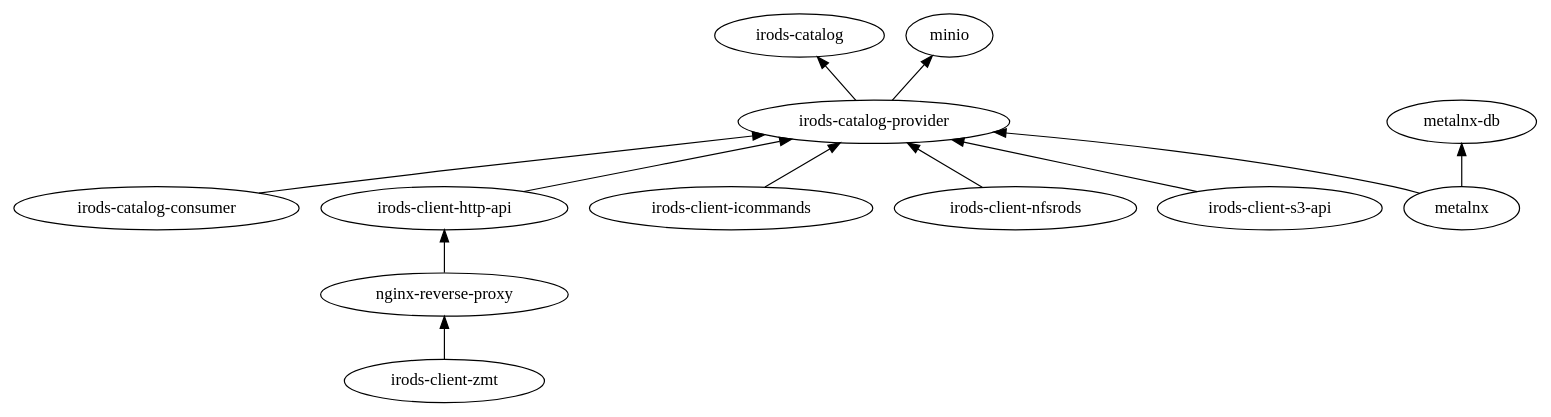
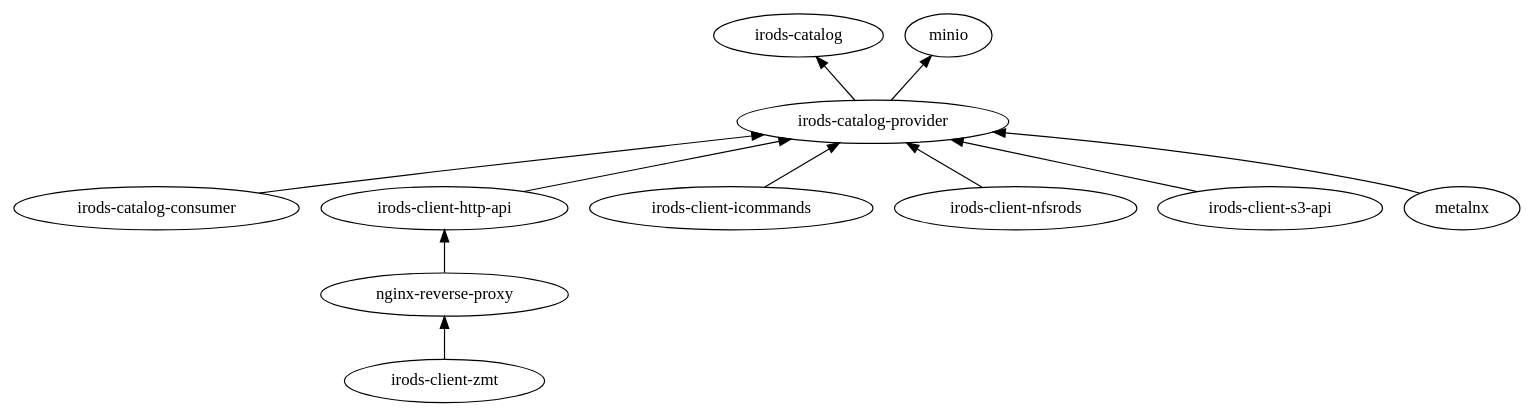
One commit to irods/irods_demo changed the diagram in dependencies.dot. Above: the diagram before and after it, drawn with Graphviz.

Commit message:
[#95] update dependencies dot

```diff
--- a/dependencies.dot
+++ b/dependencies.dot
@@ -1,30 +1,28 @@
 digraph G {
 
   rankdir="BT"
 
   catalog    [label = "irods-catalog"];
   provider   [label = "irods-catalog-provider"];
   consumer   [label = "irods-catalog-consumer"];
   http       [label = "irods-client-http-api"];
   icommands  [label = "irods-client-icommands"];
   nfsrods    [label = "irods-client-nfsrods"];
   nginx      [label = "nginx-reverse-proxy"];
   s3         [label = "irods-client-s3-api"];
   zmt        [label = "irods-client-zmt"];
-  metalnxdb  [label = "metalnx-db"];
   metalnx    [label = "metalnx"];
   minio      [label = "minio"];
 
   provider -> catalog;
   consumer -> provider;
   icommands -> provider;
   nginx -> http;
   zmt -> nginx;
-  metalnx -> metalnxdb;
   metalnx -> provider;
   http -> provider;
   s3 -> provider;
   nfsrods -> provider;
   provider -> minio;
 
 }
```
